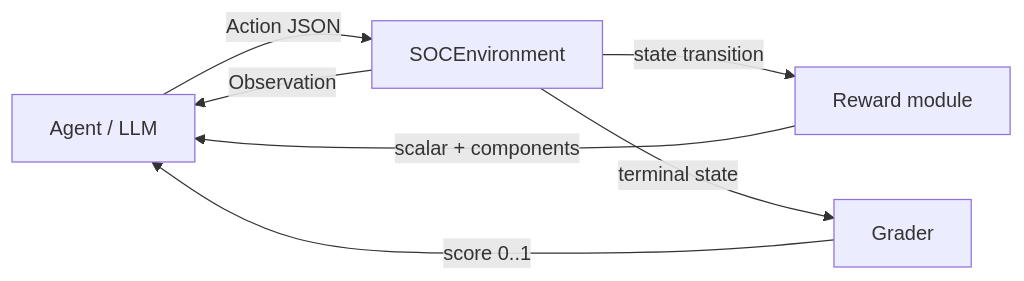
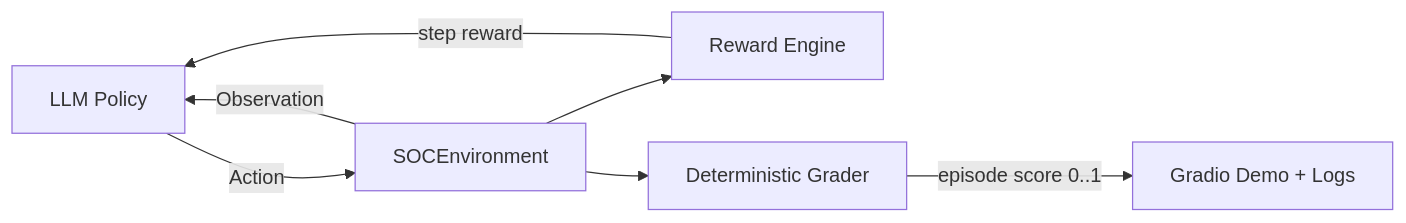
One commit to graheetphartyal23/SOC-AI-Gym changed the diagram in README.md. Above: the diagram before and after it, drawn with Mermaid. The commit also changed other lines of this file and 11 other files, not shown here.

````diff
--- a/README.md
+++ b/README.md
@@ -26,9 +38,9 @@
 ```mermaid
 flowchart LR
-  A[Agent / LLM] -->|Action JSON| E[SOCEnvironment]
-  E -->|Observation| A
-  E -->|state transition| R[Reward module]
-  R -->|scalar + components| A
-  E -->|terminal state| G[Grader]
-  G -->|score 0..1| A
+  LLM[LLM Policy] -->|Action| ENV[SOCEnvironment]
+  ENV -->|Observation| LLM
+  ENV --> REW[Reward Engine]
+  ENV --> GRD[Deterministic Grader]
+  REW -->|step reward| LLM
+  GRD -->|episode score 0..1| UI[Gradio Demo + Logs]
 ```
````
